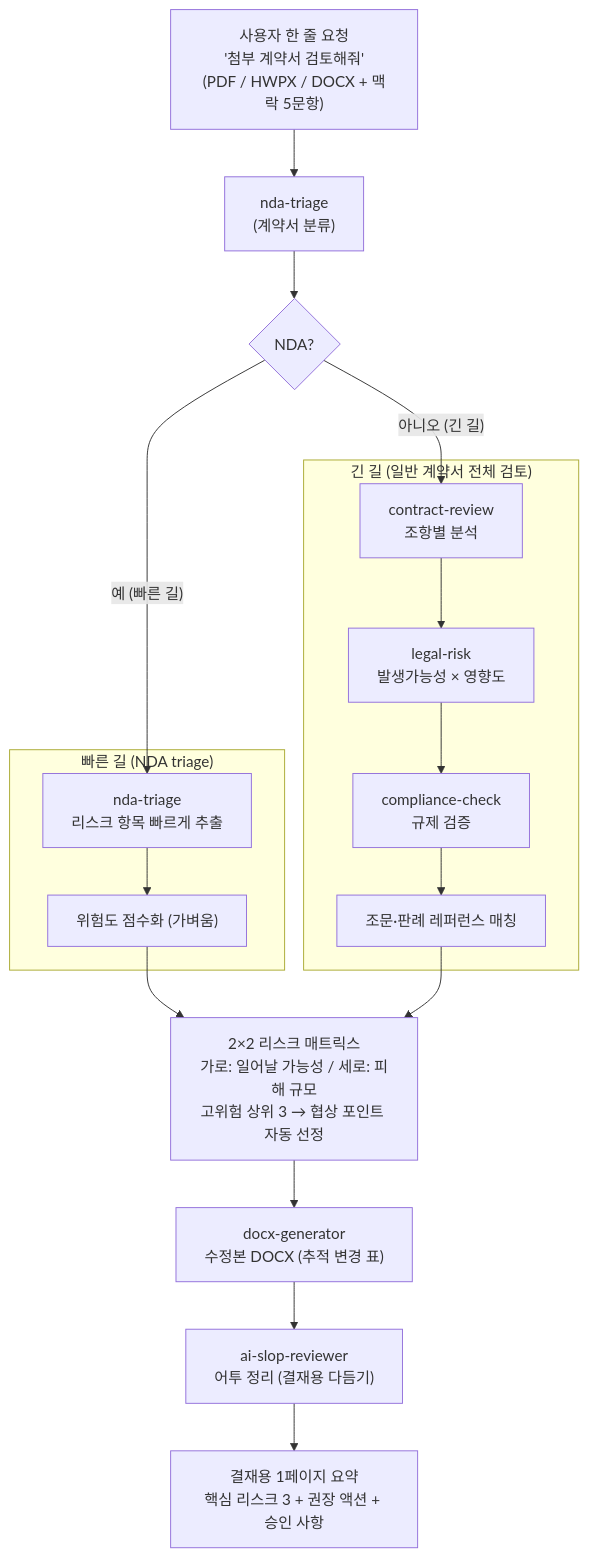
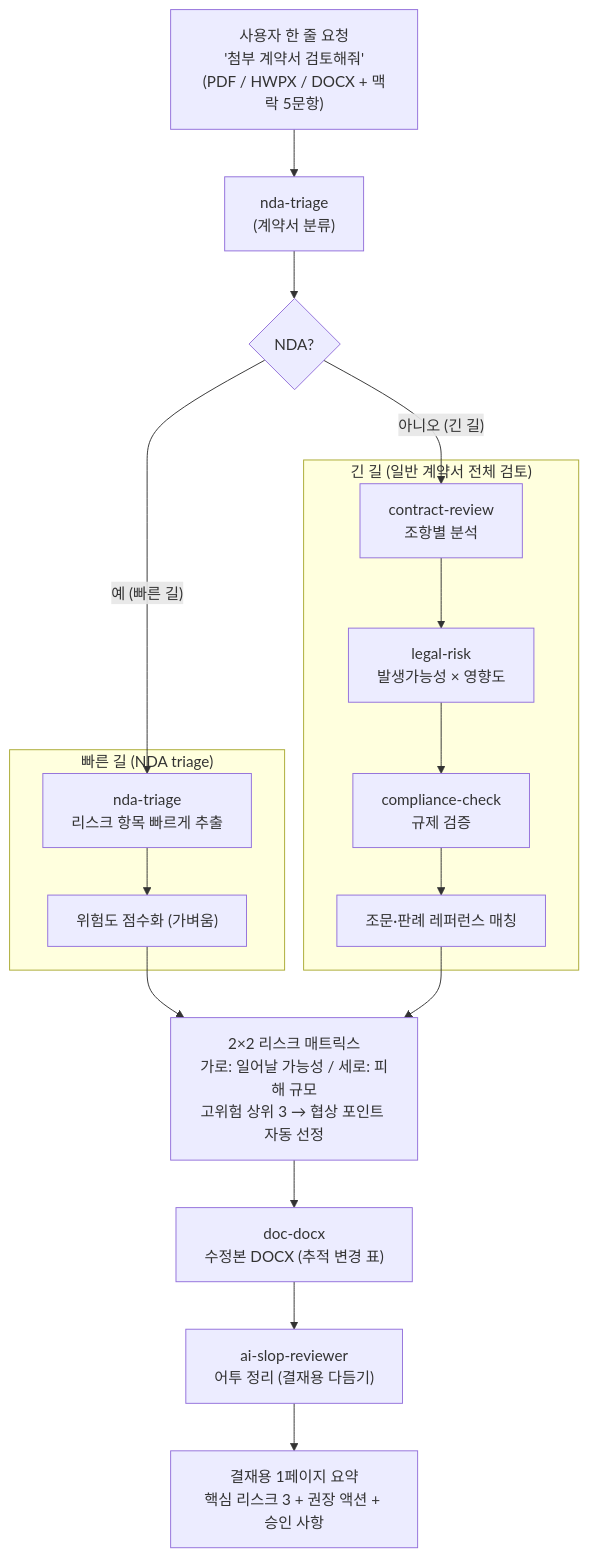
Before and after one commit to modu-ai/cowork-plugins: the third of 6 diagrams in www/content/cookbook/contract-review.md, drawn with Mermaid. The commit also changed other lines of this file and 45 other files, not shown here.

First line of the commit message:
docs(www): 스킬명 정합 + 깨진 링크 수정 + mermaid 보강

````diff
--- a/www/content/cookbook/contract-review.md
+++ b/www/content/cookbook/contract-review.md
@@ -60,28 +60,28 @@
 ```mermaid
 flowchart TD
    IN["사용자 한 줄 요청<br/>'첨부 계약서 검토해줘'<br/>(PDF / HWPX / DOCX + 맥락 5문항)"]
    TRI["nda-triage<br/>(계약서 분류)"]
    DEC{"NDA?"}
 
    subgraph FAST["빠른 길 (NDA triage)"]
        F1["nda-triage<br/>리스크 항목 빠르게 추출"]
        F2["위험도 점수화 (가벼움)"]
    end
 
    subgraph FULL["긴 길 (일반 계약서 전체 검토)"]
        U1["contract-review<br/>조항별 분석"]
        U2["legal-risk<br/>발생가능성 × 영향도"]
        U3["compliance-check<br/>규제 검증"]
        U4["조문·판례 레퍼런스 매칭"]
    end
 
    MAT["2×2 리스크 매트릭스<br/>가로: 일어날 가능성 / 세로: 피해 규모<br/>고위험 상위 3 → 협상 포인트 자동 선정"]
-   DOCX["docx-generator<br/>수정본 DOCX (추적 변경 표)"]
+   DOCX["doc-docx<br/>수정본 DOCX (추적 변경 표)"]
    AI["ai-slop-reviewer<br/>어투 정리 (결재용 다듬기)"]
    SUM["결재용 1페이지 요약<br/>핵심 리스크 3 + 권장 액션 + 승인 사항"]
 
    IN --> TRI --> DEC
    DEC -- "예 (빠른 길)" --> F1 --> F2 --> MAT
    DEC -- "아니오 (긴 길)" --> U1 --> U2 --> U3 --> U4 --> MAT
    MAT --> DOCX --> AI --> SUM
 ```
````
